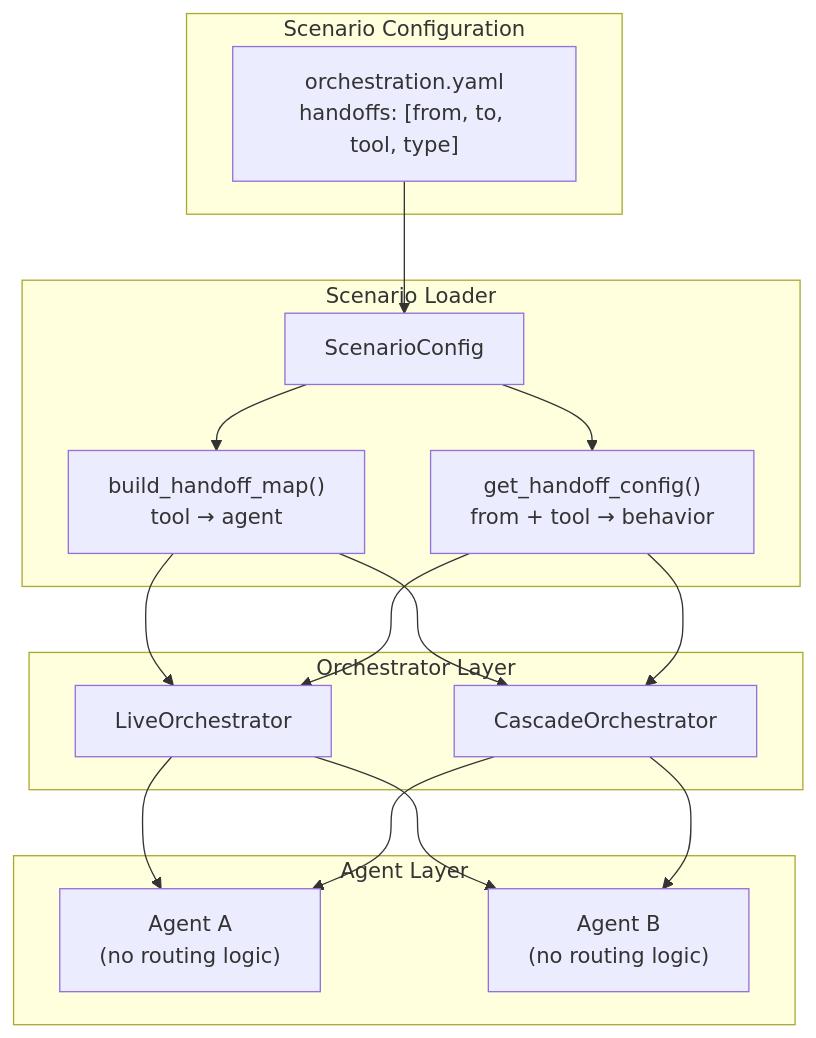
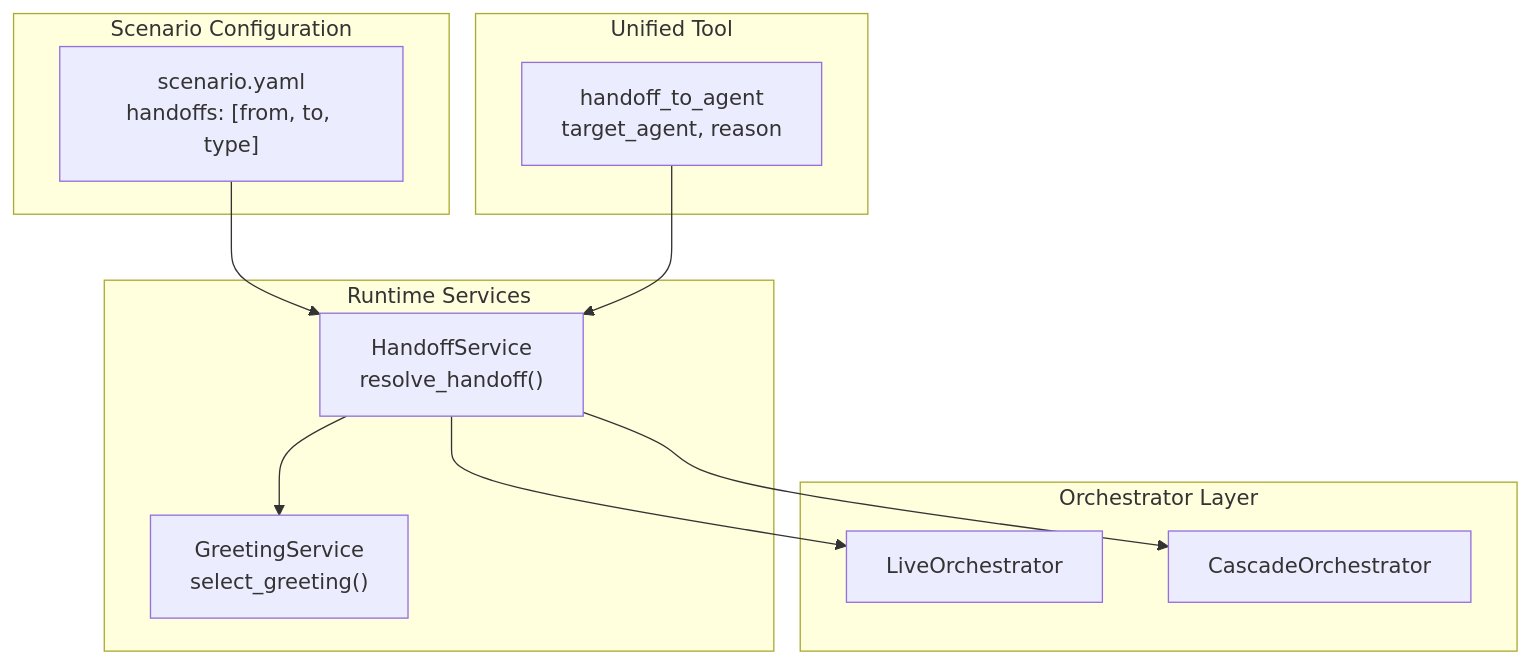
The second of 6 diagrams in docs/architecture/agents/handoffs.md (Azure-Samples/art-voice-agent-accelerator), drawn with Mermaid before and after one commit. The commit also changed other lines of this file and 62 other files, not shown here.

````diff
--- a/docs/architecture/agents/handoffs.md
+++ b/docs/architecture/agents/handoffs.md
@@ -76,34 +77,26 @@
 ```mermaid
 flowchart TB
     subgraph Scenario["Scenario Configuration"]
-        yaml["orchestration.yaml<br/>handoffs: [from, to, tool, type]"]
+        yaml["scenario.yaml<br/>handoffs: [from, to, type]"]
     end
     
-    subgraph Loader["Scenario Loader"]
-        config["ScenarioConfig"]
-        handoffMap["build_handoff_map()<br/>tool → agent"]
-        handoffLookup["get_handoff_config()<br/>from + tool → behavior"]
+    subgraph Runtime["Runtime Services"]
+        HS["HandoffService<br/>resolve_handoff()"]
+        GS["GreetingService<br/>select_greeting()"]
+    end
+    
+    subgraph Tool["Unified Tool"]
+        HT["handoff_to_agent<br/>target_agent, reason"]
     end
     
     subgraph Orchestrators["Orchestrator Layer"]
         VLO["LiveOrchestrator"]
         SCO["CascadeOrchestrator"]
     end
-    
-    subgraph Agents["Agent Layer"]
-        AgentA["Agent A<br/>(no routing logic)"]
-        AgentB["Agent B<br/>(no routing logic)"]
-    end
 
-    yaml --> config
-    config --> handoffMap
-    config --> handoffLookup
-    handoffMap --> VLO
-    handoffMap --> SCO
-    handoffLookup --> VLO
-    handoffLookup --> SCO
-    VLO --> AgentA
-    VLO --> AgentB
-    SCO --> AgentA
-    SCO --> AgentB
+    yaml --> HS
+    HT --> HS
+    HS --> GS
+    HS --> VLO
+    HS --> SCO
 ```
````
